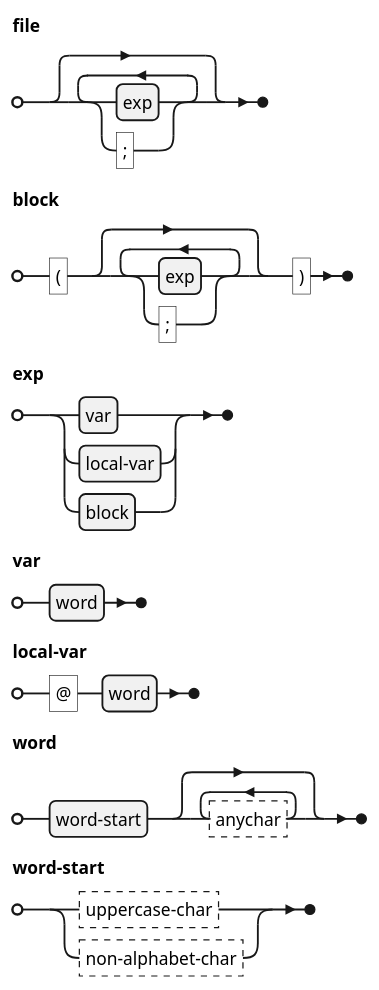
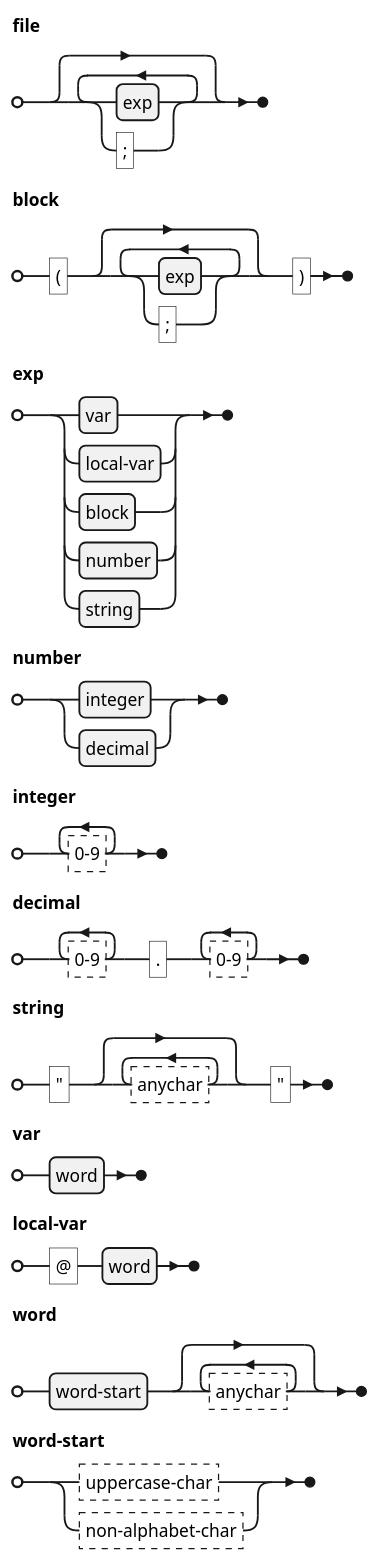
Before and after one commit to Redstoyn33/YappingLang: the diagram in grammar.puml, drawn with PlantUML.

Commit message:
really correct grammar

```diff
--- a/grammar.puml
+++ b/grammar.puml
@@ -1,16 +1,22 @@
 @startebnf
 
 file = {exp | ";"};
 
 block = "(" , {exp | ";"} , ")";
 
-exp = var | local-var | block;
+exp = var | local-var | block | number | string;
+
+number = integer | decimal;
+integer = {?0-9?}-;
+decimal = {?0-9?}- , "." , {?0-9?}-;
+
+string = '"' , {?anychar?} , '"';
 
 var = word;
 local-var = "@" , word;
 
 word = word-start , {?anychar?};
 
 word-start = ?uppercase-char? | ?non-alphabet-char?;
 
 @endebnf
```
